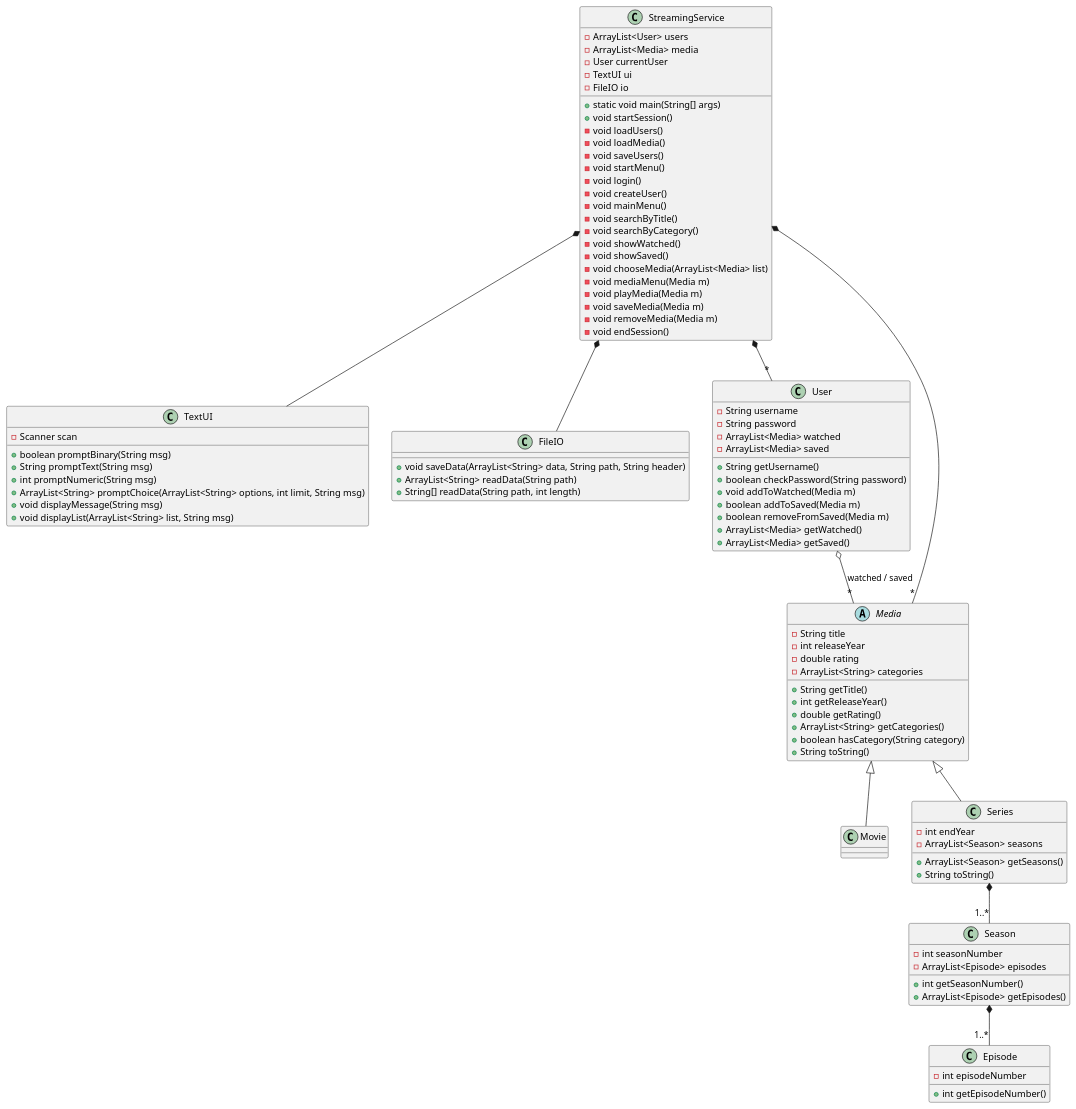
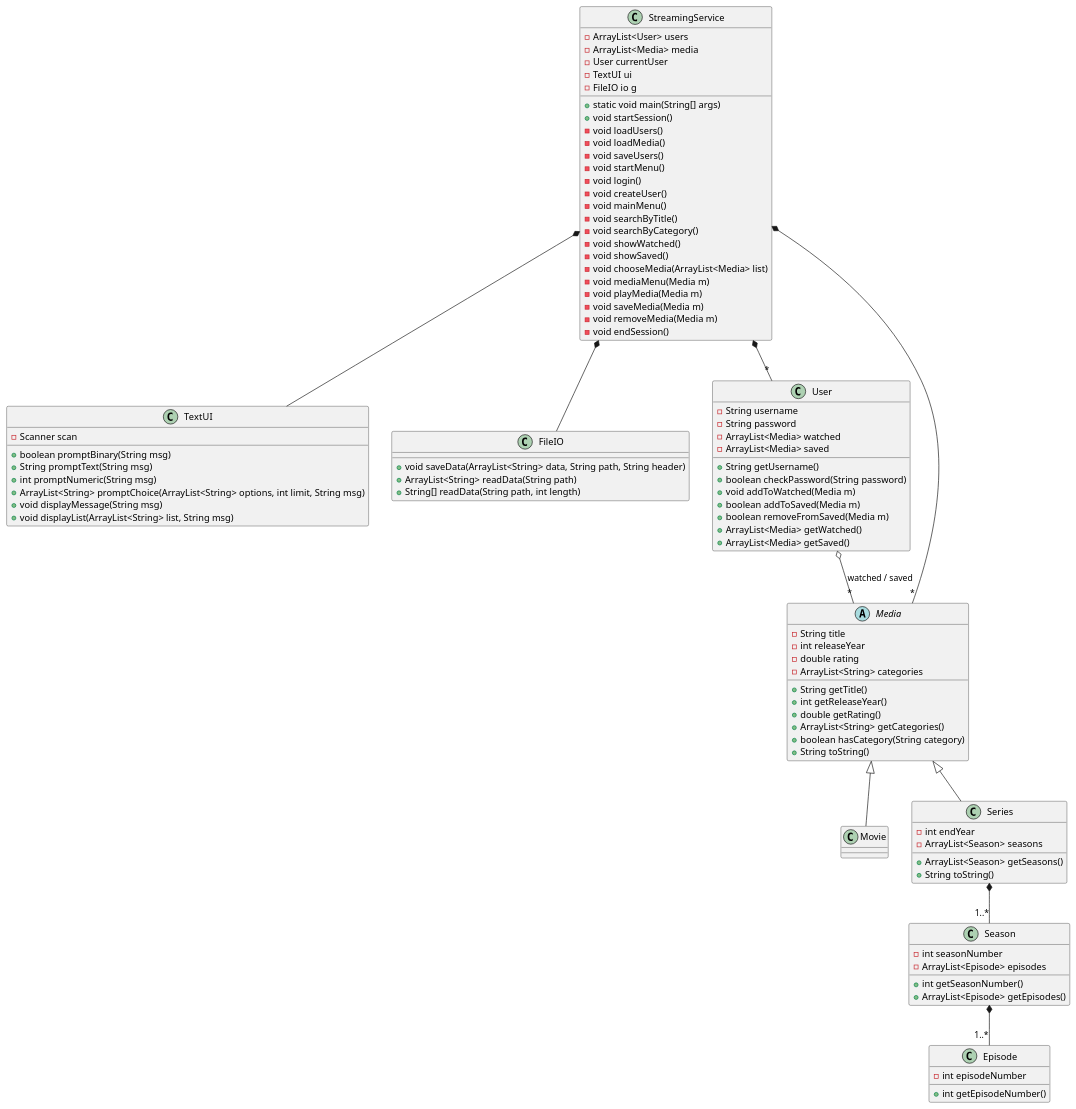
One commit to BenjaFrandsen/SP3-Grp-H changed the diagram in doc/Static/ClassDiagram2.puml. Above: the diagram before and after it, drawn with PlantUML.

```diff
--- a/doc/Static/ClassDiagram2.puml
+++ b/doc/Static/ClassDiagram2.puml
@@ -1,113 +1,113 @@
 @startuml
 'https://plantuml.com/class-diagram
 
 class StreamingService {
 - ArrayList<User> users
 - ArrayList<Media> media
 - User currentUser
 - TextUI ui
-- FileIO io
+- FileIO io g
 
 + static void main(String[] args)
 + void startSession()
 - void loadUsers()
 - void loadMedia()
 - void saveUsers()
 - void startMenu()
 - void login()
 - void createUser()
 - void mainMenu()
 - void searchByTitle()
 - void searchByCategory()
 - void showWatched()
 - void showSaved()
 - void chooseMedia(ArrayList<Media> list)
 - void mediaMenu(Media m)
 - void playMedia(Media m)
 - void saveMedia(Media m)
 - void removeMedia(Media m)
 - void endSession()
 }
 
 class TextUI{
 - Scanner scan
 + boolean promptBinary(String msg)
 + String promptText(String msg)
 + int promptNumeric(String msg)
 + ArrayList<String> promptChoice(ArrayList<String> options, int limit, String msg)
 + void displayMessage(String msg)
 + void displayList(ArrayList<String> list, String msg)
 }
 
 class FileIO{
 + void saveData(ArrayList<String> data, String path, String header)
 + ArrayList<String> readData(String path)
 + String[] readData(String path, int length)
 }
 
 class User {
 - String username
 - String password
 - ArrayList<Media> watched
 - ArrayList<Media> saved
 
 + String getUsername()
 + boolean checkPassword(String password)
 + void addToWatched(Media m)
 + boolean addToSaved(Media m)
 + boolean removeFromSaved(Media m)
 + ArrayList<Media> getWatched()
 + ArrayList<Media> getSaved()
 }
 
 abstract class Media{
 - String title
 - int releaseYear
 - double rating
 - ArrayList<String> categories
 
 + String getTitle()
 + int getReleaseYear()
 + double getRating()
 + ArrayList<String> getCategories()
 + boolean hasCategory(String category)
 + String toString()
 }
 
 class Movie{
 }
 
 class Series{
 -int endYear
 - ArrayList<Season> seasons
 
 + ArrayList<Season> getSeasons()
 + String toString()
 }
 
 class Season{
 - int seasonNumber
 - ArrayList<Episode> episodes
 
 + int getSeasonNumber()
 + ArrayList<Episode> getEpisodes()
 }
 
 class Episode{
 - int episodeNumber
 
 + int getEpisodeNumber()
 }
 
 StreamingService *-- TextUI
 StreamingService *-- FileIO
 StreamingService *-- "*" User
 StreamingService *-- "*" Media
 User o-- "*" Media : watched / saved
 
 Media <|-- Movie
 Media <|-- Series
 Series *-- "1..*" Season
 Season *-- "1..*" Episode
 
 @enduml
```
